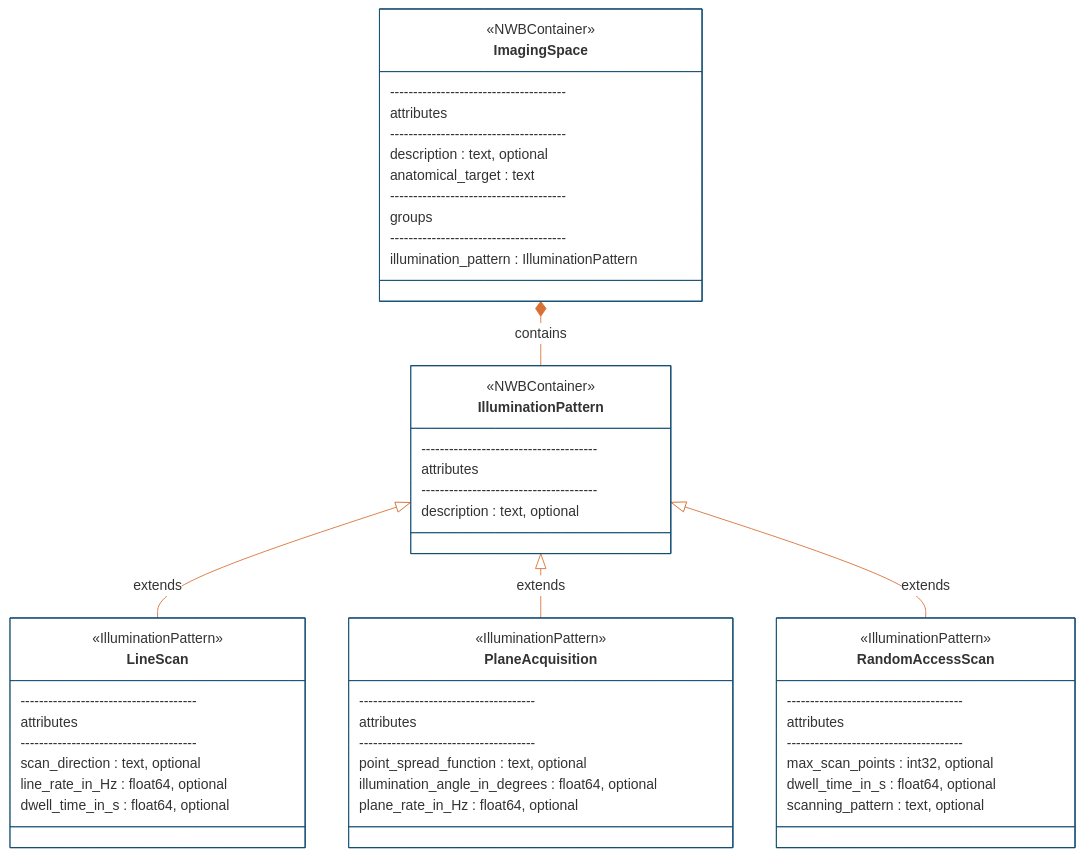
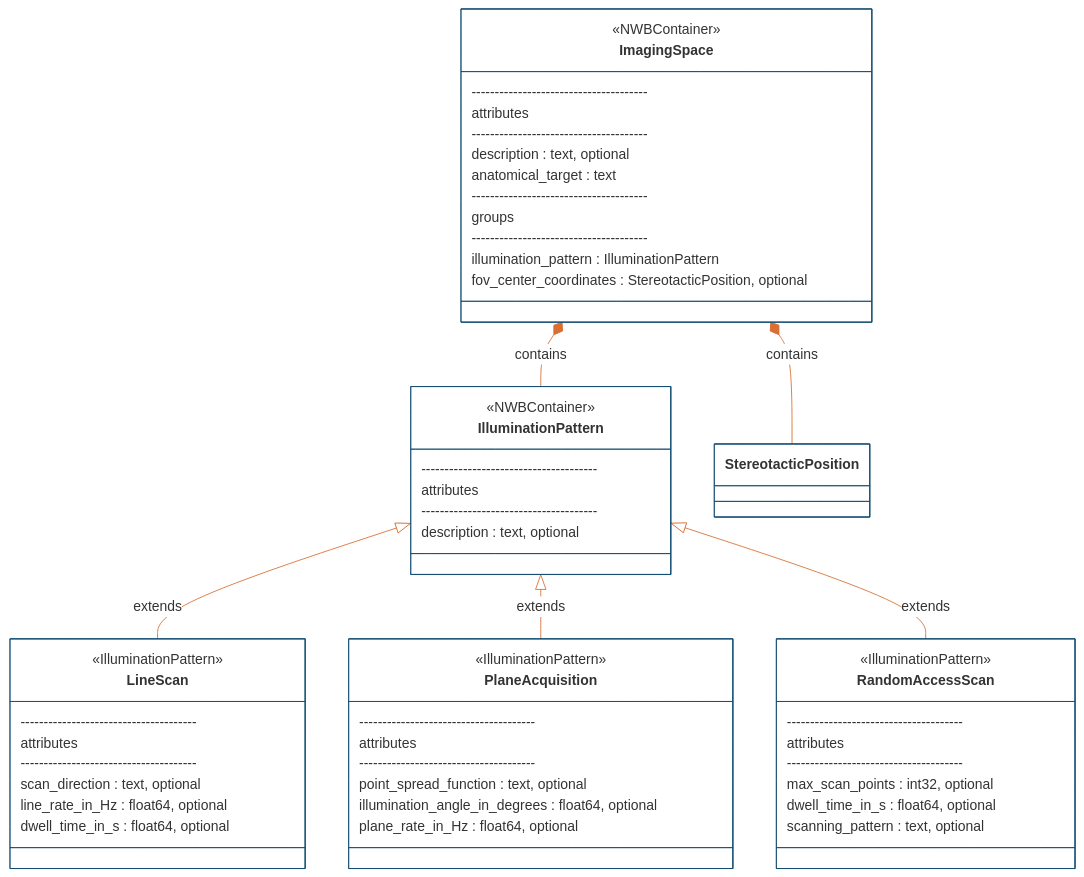
One commit to catalystneuro/ndx-microscopy changed the second of 4 diagrams in README.md. Above: the diagram before and after it, drawn with Mermaid. The commit also changed other lines of this file and 8 other files, not shown here.

First line of the commit message:
Add optional fov_center_coordinates to ImagingSpace

````diff
--- a/README.md
+++ b/README.md
@@ -200,62 +200,64 @@
 ```mermaid
 %%{init: {'theme': 'base', 'themeVariables': {'primaryColor': '#ffffff', 'primaryBorderColor': '#144E73', 'lineColor': '#D96F32'}}}%%
 
 classDiagram
     direction TB
 
     class IlluminationPattern {
         <<NWBContainer>>
         --------------------------------------
         attributes
         --------------------------------------
         description : text, optional
     }
 
     class LineScan {
         <<IlluminationPattern>>
         --------------------------------------
         attributes
         --------------------------------------
         scan_direction : text, optional
         line_rate_in_Hz : float64, optional
         dwell_time_in_s : float64, optional
     }
 
     class PlaneAcquisition {
         <<IlluminationPattern>>
         --------------------------------------
         attributes
         --------------------------------------
         point_spread_function : text, optional
         illumination_angle_in_degrees : float64, optional
         plane_rate_in_Hz : float64, optional
     }
 
     class RandomAccessScan {
         <<IlluminationPattern>>
         --------------------------------------
         attributes
         --------------------------------------
         max_scan_points : int32, optional
         dwell_time_in_s : float64, optional
         scanning_pattern : text, optional
     }
 
     class ImagingSpace {
         <<NWBContainer>>
         --------------------------------------
         attributes
         --------------------------------------
         description : text, optional
         anatomical_target : text
         --------------------------------------
         groups
         --------------------------------------
         illumination_pattern : IlluminationPattern
+        fov_center_coordinates : StereotacticPosition, optional
     }
 
     IlluminationPattern <|-- LineScan : extends
     IlluminationPattern <|-- PlaneAcquisition : extends
     IlluminationPattern <|-- RandomAccessScan : extends
     ImagingSpace *-- IlluminationPattern : contains
+    ImagingSpace *-- StereotacticPosition : contains
 ```
````
